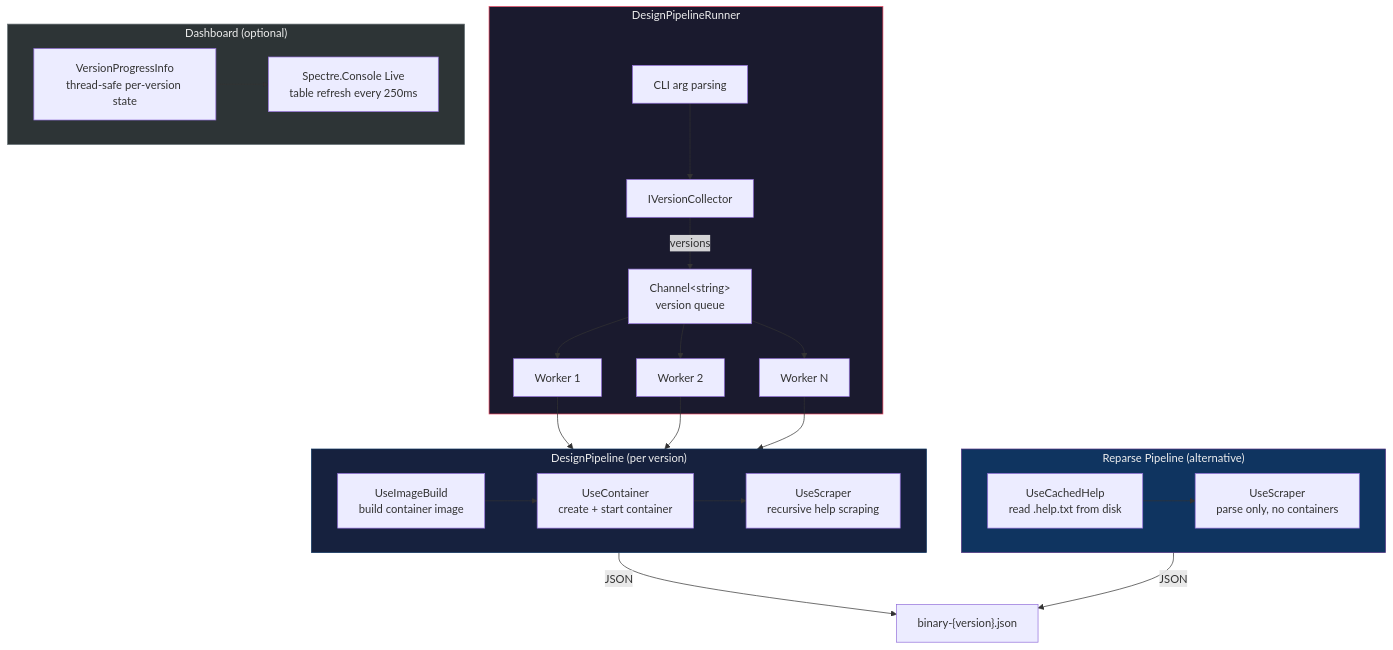
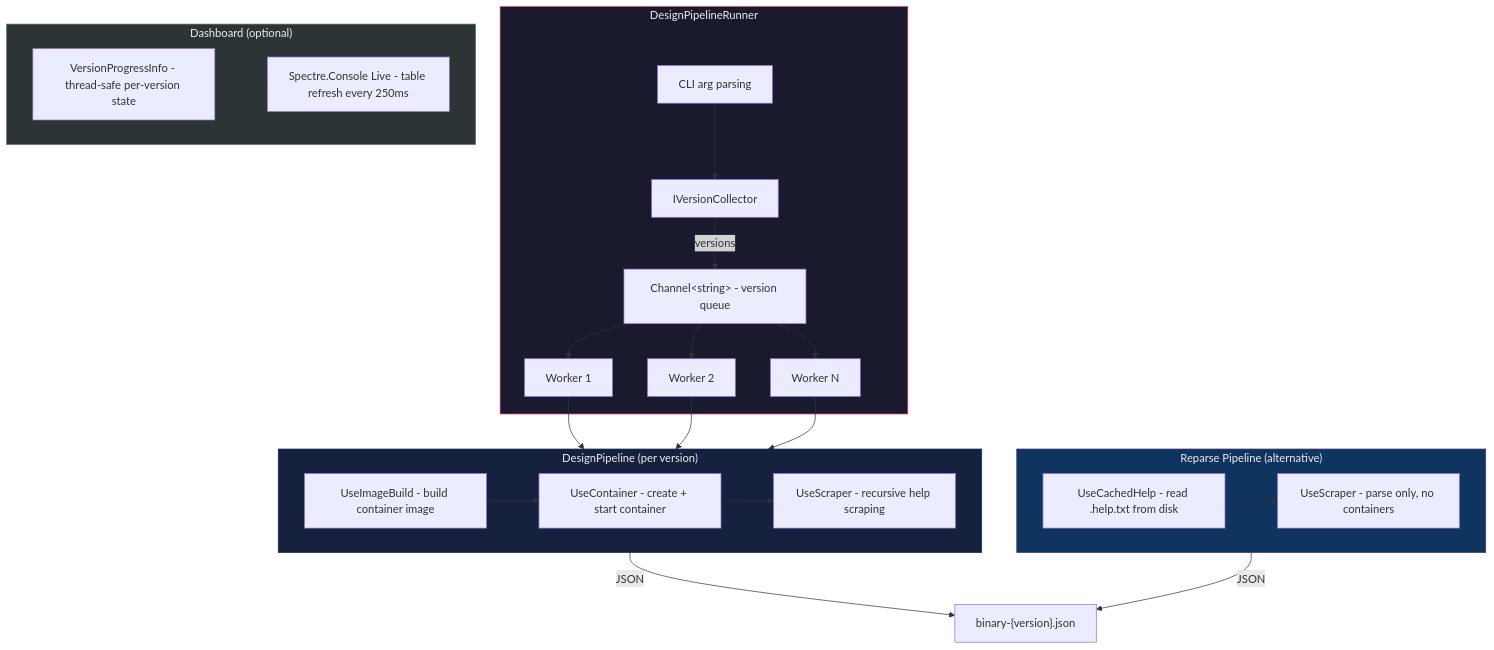
Diagram 11 of 14 in Net/FrenchExDev/BinaryWrapper/doc/ARCHITECTURE.md (FrenchExDev/FrenchExDev), drawn with Mermaid before and after one commit. The commit also changed other lines of this file and 2 other files, not shown here.

Commit message:
fix: mermaid markdown

````diff
--- a/Net/FrenchExDev/BinaryWrapper/doc/ARCHITECTURE.md
+++ b/Net/FrenchExDev/BinaryWrapper/doc/ARCHITECTURE.md
@@ -807,48 +807,48 @@
 ```mermaid
 flowchart TD
     subgraph Runner["DesignPipelineRunner"]
         CLI["CLI arg parsing"]
         VC["IVersionCollector"]
-        CH["Channel#lt;string#gt;<br>version queue"]
+        CH["Channel#lt;string#gt; - version queue"]
         W1["Worker 1"]
         W2["Worker 2"]
         WN["Worker N"]
 
         CLI --> VC
         VC -->|"versions"| CH
         CH --> W1
         CH --> W2
         CH --> WN
     end
 
     subgraph Pipeline["DesignPipeline (per version)"]
-        M1["UseImageBuild<br>build container image"]
-        M2["UseContainer<br>create + start container"]
-        M3["UseScraper<br>recursive help scraping"]
+        M1["UseImageBuild - build container image"]
+        M2["UseContainer - create + start container"]
+        M3["UseScraper - recursive help scraping"]
         M1 --> M2 --> M3
     end
 
     subgraph Reparse["Reparse Pipeline (alternative)"]
-        R1["UseCachedHelp<br>read .help.txt from disk"]
-        R2["UseScraper<br>parse only, no containers"]
+        R1["UseCachedHelp - read .help.txt from disk"]
+        R2["UseScraper - parse only, no containers"]
         R1 --> R2
     end
 
     W1 --> Pipeline
     W2 --> Pipeline
     WN --> Pipeline
 
     Pipeline -->|"JSON"| OUT["binary-{version}.json"]
     Reparse -->|"JSON"| OUT
 
     subgraph Dashboard["Dashboard (optional)"]
-        PROG["VersionProgressInfo<br>thread-safe per-version state"]
-        LIVE["Spectre.Console Live<br>table refresh every 250ms"]
+        PROG["VersionProgressInfo - thread-safe per-version state"]
+        LIVE["Spectre.Console Live - table refresh every 250ms"]
         PROG --> LIVE
     end
 
     style Runner fill:#1a1a2e,stroke:#e94560,color:#eee
     style Pipeline fill:#16213e,stroke:#0f3460,color:#eee
     style Reparse fill:#0f3460,stroke:#533483,color:#eee
     style Dashboard fill:#2d3436,stroke:#636e72,color:#eee
 ```
````
